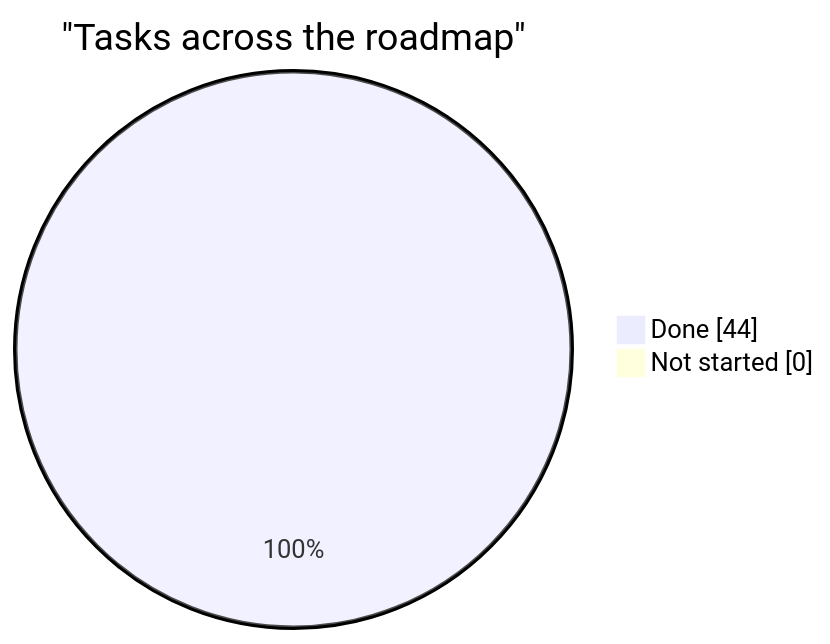
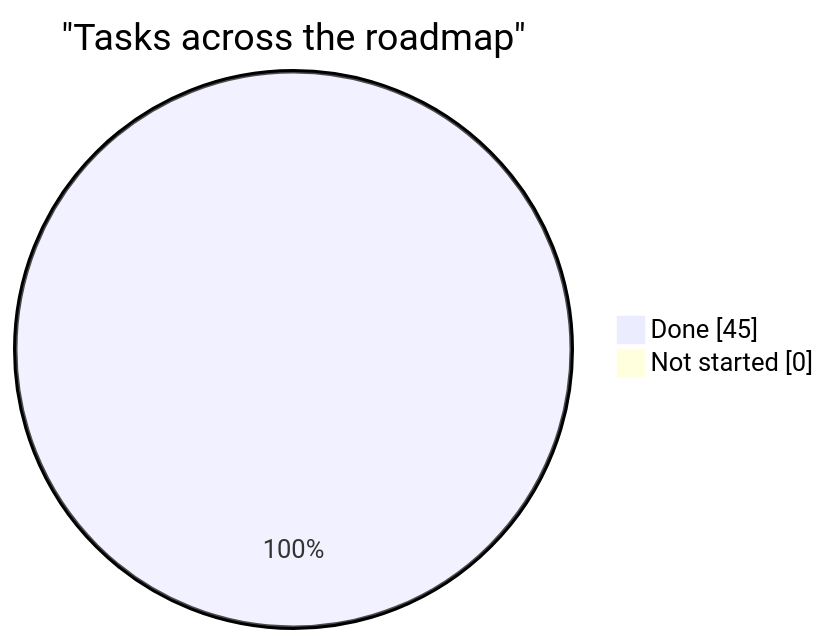
Before and after one commit to AdamClemens/PyFlow: the diagram in docs/planning/status.md, drawn with Mermaid. The commit also changed other lines of this file and 1 other file, not shown here.

````diff
--- a/docs/planning/status.md
+++ b/docs/planning/status.md
@@ -21,6 +21,6 @@
 ```mermaid
 pie showData
     title "Tasks across the roadmap"
-    "Done" : 44
+    "Done" : 45
     "Not started" : 0
 ```
````
